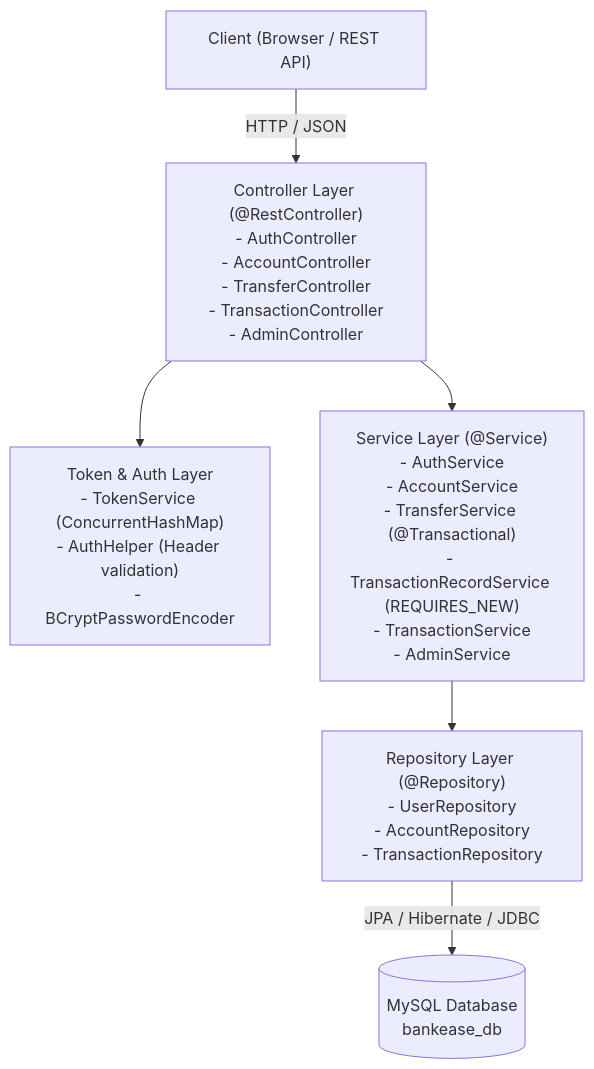
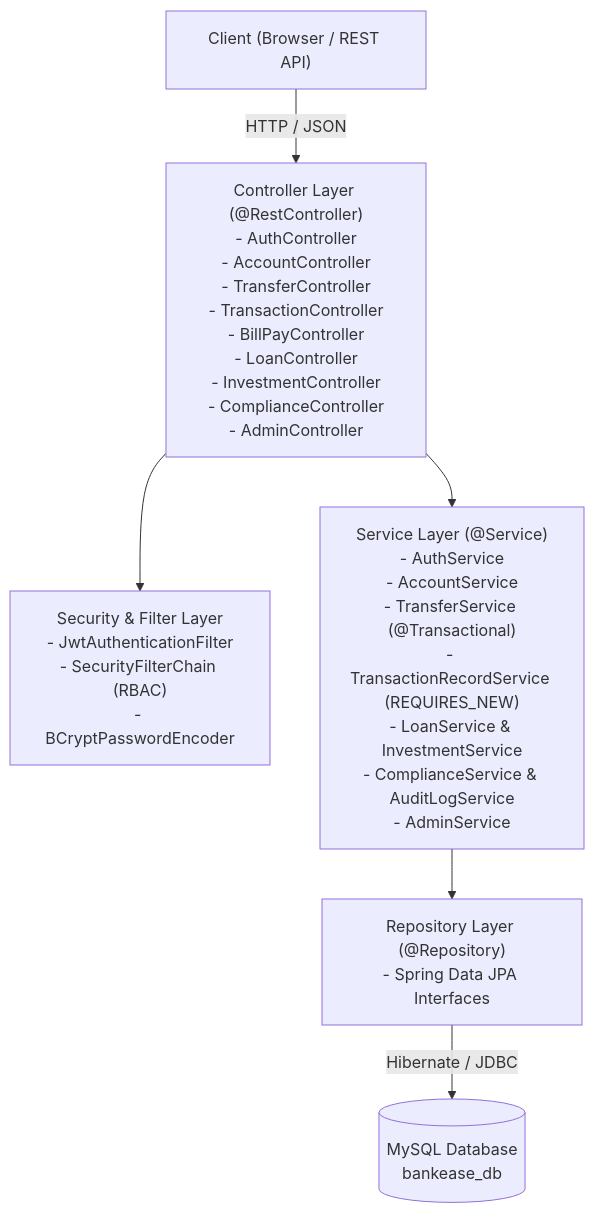
Before and after one commit to Anilsoni27/BankEase: the diagram in README.md, drawn with Mermaid. The commit also changed other lines of this file and 7 other files, not shown here.

````diff
--- a/README.md
+++ b/README.md
@@ -27,15 +26,15 @@
 ```mermaid
 flowchart TD
     Client["Client (Browser / REST API)"]
-    Controller["Controller Layer (@RestController)\n- AuthController\n- AccountController\n- TransferController\n- TransactionController\n- AdminController"]
-    Security["Token & Auth Layer\n- TokenService (ConcurrentHashMap)\n- AuthHelper (Header validation)\n- BCryptPasswordEncoder"]
-    Service["Service Layer (@Service)\n- AuthService\n- AccountService\n- TransferService (@Transactional)\n- TransactionRecordService (REQUIRES_NEW)\n- TransactionService\n- AdminService"]
-    Repo["Repository Layer (@Repository)\n- UserRepository\n- AccountRepository\n- TransactionRepository"]
+    Controller["Controller Layer (@RestController)\n- AuthController\n- AccountController\n- TransferController\n- TransactionController\n- BillPayController\n- LoanController\n- InvestmentController\n- ComplianceController\n- AdminController"]
+    Security["Security & Filter Layer\n- JwtAuthenticationFilter\n- SecurityFilterChain (RBAC)\n- BCryptPasswordEncoder"]
+    Service["Service Layer (@Service)\n- AuthService\n- AccountService\n- TransferService (@Transactional)\n- TransactionRecordService (REQUIRES_NEW)\n- LoanService & InvestmentService\n- ComplianceService & AuditLogService\n- AdminService"]
+    Repo["Repository Layer (@Repository)\n- Spring Data JPA Interfaces"]
     DB[(MySQL Database\nbankease_db)]
 
     Client -->|HTTP / JSON| Controller
     Controller --> Security
     Controller --> Service
     Service --> Repo
-    Repo -->|JPA / Hibernate / JDBC| DB
+    Repo -->|Hibernate / JDBC| DB
 ```
````
